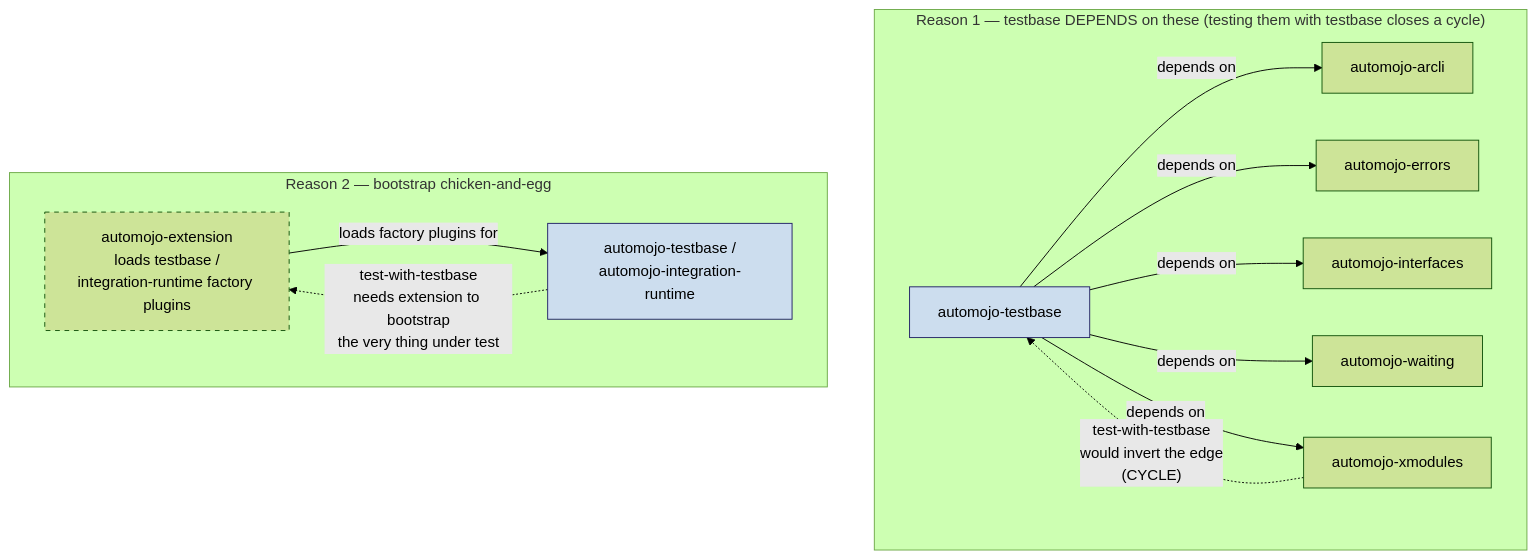
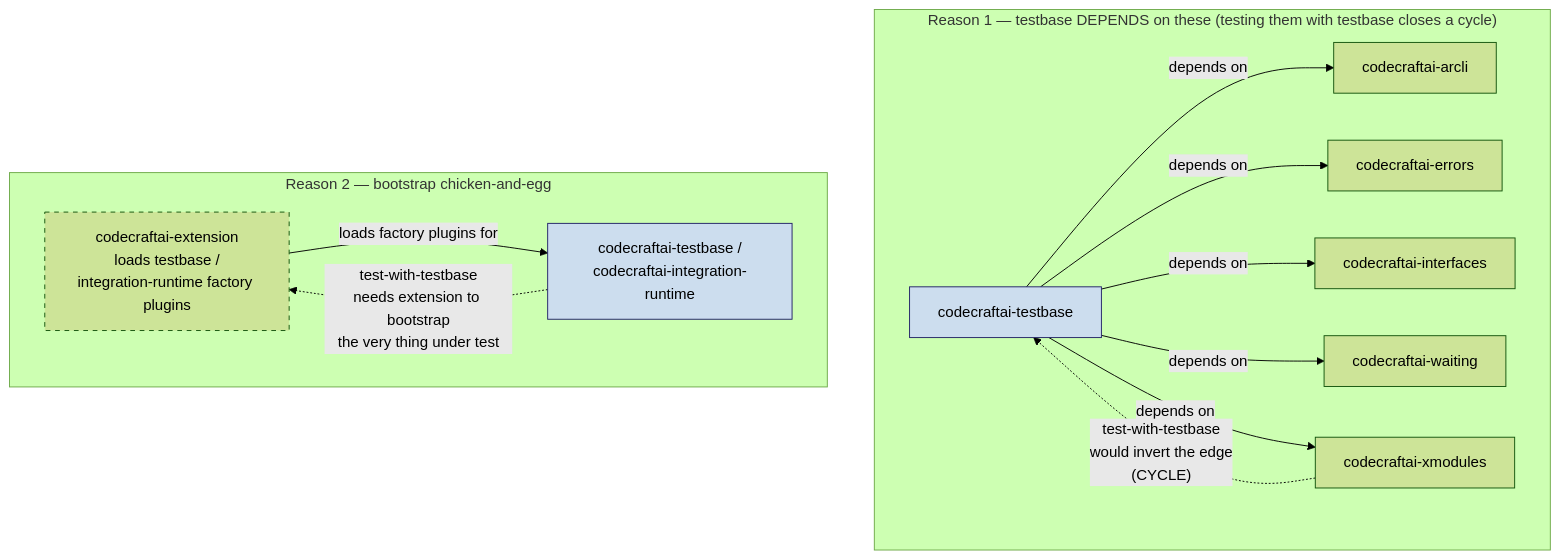
One commit to code-craft-ai-company/codecraftai-testbase changed the sixth of 6 diagrams in specs/package-dependencies/design.md. Above: the diagram before and after it, drawn with Mermaid (forest theme). The commit also changed other lines of this file and 638 other files, not shown here.

````diff
--- a/specs/package-dependencies/design.md
+++ b/specs/package-dependencies/design.md
@@ -433,31 +433,31 @@
 ```mermaid
 graph TB
     subgraph "Reason 1 — testbase DEPENDS on these (testing them with testbase closes a cycle)"
-        TB1[automojo-testbase]
-        ARCLI[automojo-arcli]
-        ERR[automojo-errors]
-        IFACE[automojo-interfaces]
-        WAIT[automojo-waiting]
-        XMOD[automojo-xmodules]
+        TB1[codecraftai-testbase]
+        ARCLI[codecraftai-arcli]
+        ERR[codecraftai-errors]
+        IFACE[codecraftai-interfaces]
+        WAIT[codecraftai-waiting]
+        XMOD[codecraftai-xmodules]
 
         TB1 -->|depends on| ARCLI
         TB1 -->|depends on| ERR
         TB1 -->|depends on| IFACE
         TB1 -->|depends on| WAIT
         TB1 -->|depends on| XMOD
 
         XMOD -. "test-with-testbase<br/>would invert the edge<br/>(CYCLE)" .-> TB1
     end
 
     subgraph "Reason 2 — bootstrap chicken-and-egg"
-        EXT[automojo-extension<br/>loads testbase /<br/>integration-runtime factory plugins]
-        TB2[automojo-testbase /<br/>automojo-integration-runtime]
+        EXT[codecraftai-extension<br/>loads testbase /<br/>integration-runtime factory plugins]
+        TB2[codecraftai-testbase /<br/>codecraftai-integration-runtime]
 
         EXT -->|loads factory plugins for| TB2
         TB2 -. "test-with-testbase<br/>needs extension to bootstrap<br/>the very thing under test" .-> EXT
     end
 
     style TB1 fill:#cde,stroke:#226
     style TB2 fill:#cde,stroke:#226
     style EXT stroke-dasharray: 5 5
 ```
````
